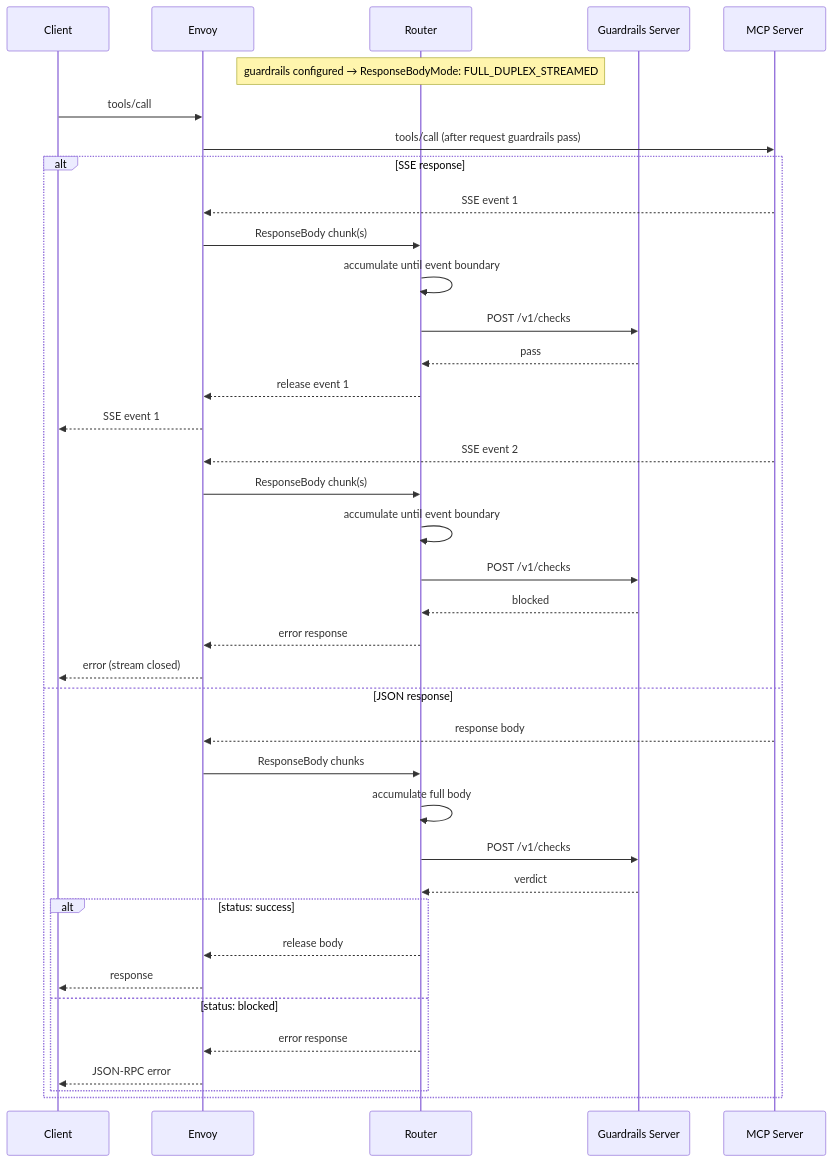
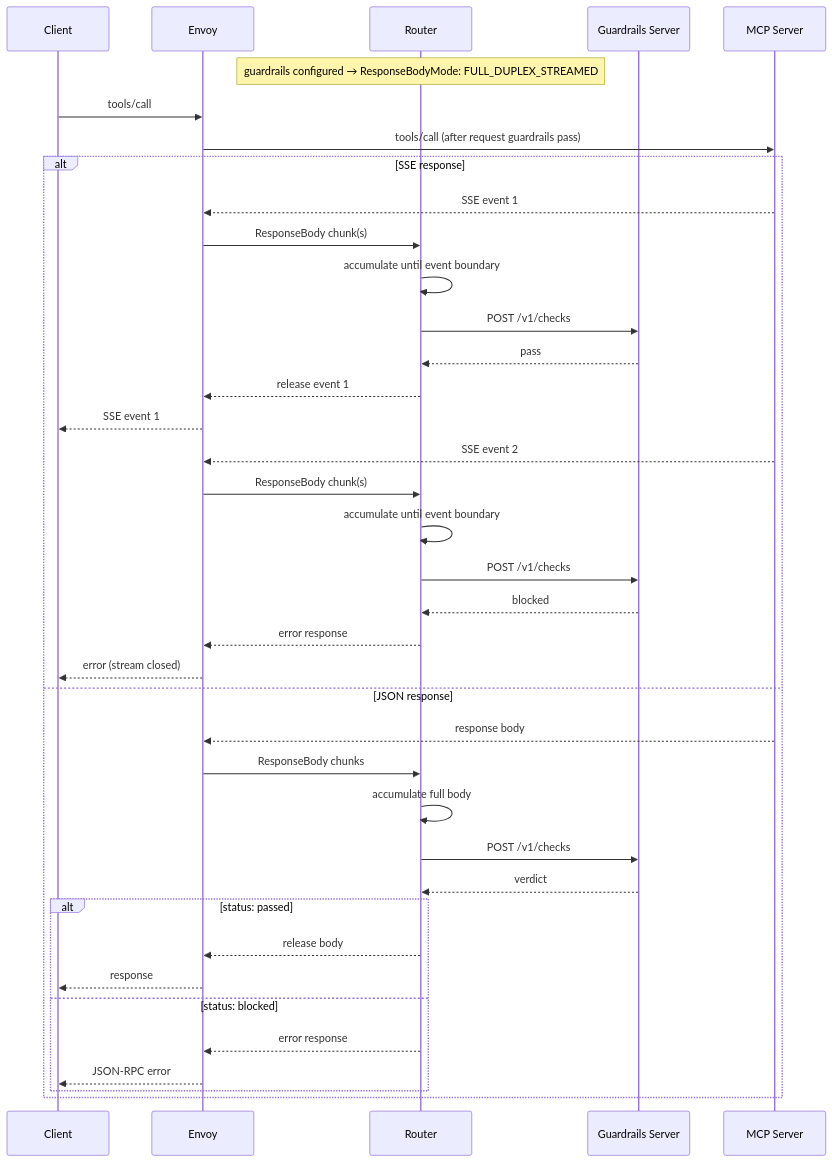
One commit to Kuadrant/mcp-gateway changed the second of 2 diagrams in docs/design/guardrails/guardrails-design.md. Above: the diagram before and after it, drawn with Mermaid. The commit also changed other lines of this file and 4 other files, not shown here.

Commit message:
feat(guardrails):use nemo 'passed' status in place of 'success' (#1540)

````diff
--- a/docs/design/guardrails/guardrails-design.md
+++ b/docs/design/guardrails/guardrails-design.md
@@ -239,45 +239,45 @@
 ```mermaid
 sequenceDiagram
     participant Client
     participant Envoy
     participant Router
     participant Guardrails as Guardrails Server
     participant Backend as MCP Server
 
     Note over Router: guardrails configured → ResponseBodyMode: FULL_DUPLEX_STREAMED
 
     Client->>Envoy: tools/call
     Envoy->>Backend: tools/call (after request guardrails pass)
 
     alt SSE response
         Backend-->>Envoy: SSE event 1
         Envoy->>Router: ResponseBody chunk(s)
         Router->>Router: accumulate until event boundary
         Router->>Guardrails: POST /v1/checks
         Guardrails-->>Router: pass
         Router-->>Envoy: release event 1
         Envoy-->>Client: SSE event 1
 
         Backend-->>Envoy: SSE event 2
         Envoy->>Router: ResponseBody chunk(s)
         Router->>Router: accumulate until event boundary
         Router->>Guardrails: POST /v1/checks
         Guardrails-->>Router: blocked
         Router-->>Envoy: error response
         Envoy-->>Client: error (stream closed)
 
     else JSON response
         Backend-->>Envoy: response body
         Envoy->>Router: ResponseBody chunks
         Router->>Router: accumulate full body
         Router->>Guardrails: POST /v1/checks
         Guardrails-->>Router: verdict
-        alt status: success
+        alt status: passed
             Router-->>Envoy: release body
             Envoy-->>Client: response
         else status: blocked
             Router-->>Envoy: error response
             Envoy-->>Client: JSON-RPC error
         end
     end
 ```
````
